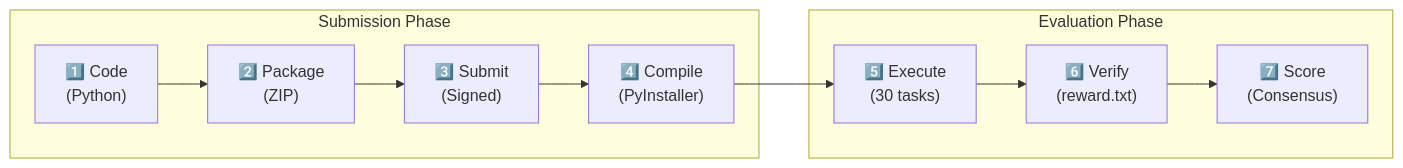
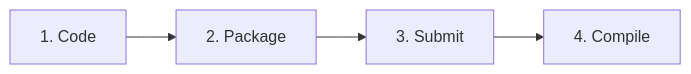
The second of 7 diagrams in AGENTS.md (echobt/vgrep), drawn with Mermaid before and after one commit. The commit also changed other lines of this file and 1 other file, not shown here.

Commit message:
docs: simplify Mermaid diagrams for better GitHub rendering

````diff
--- a/AGENTS.md
+++ b/AGENTS.md
@@ -65,15 +52,4 @@
 ```mermaid
 flowchart LR
-    subgraph Submit["Submission Phase"]
-        A["1️⃣ Code<br/>(Python)"] --> B["2️⃣ Package<br/>(ZIP)"]
-        B --> C["3️⃣ Submit<br/>(Signed)"]
-        C --> D["4️⃣ Compile<br/>(PyInstaller)"]
-    end
-    
-    subgraph Eval["Evaluation Phase"]
-        E["5️⃣ Execute<br/>(30 tasks)"] --> F["6️⃣ Verify<br/>(reward.txt)"]
-        F --> G["7️⃣ Score<br/>(Consensus)"]
-    end
-    
-    D --> E
+    A["1. Code"] --> B["2. Package"] --> C["3. Submit"] --> D["4. Compile"]
 ```
````
